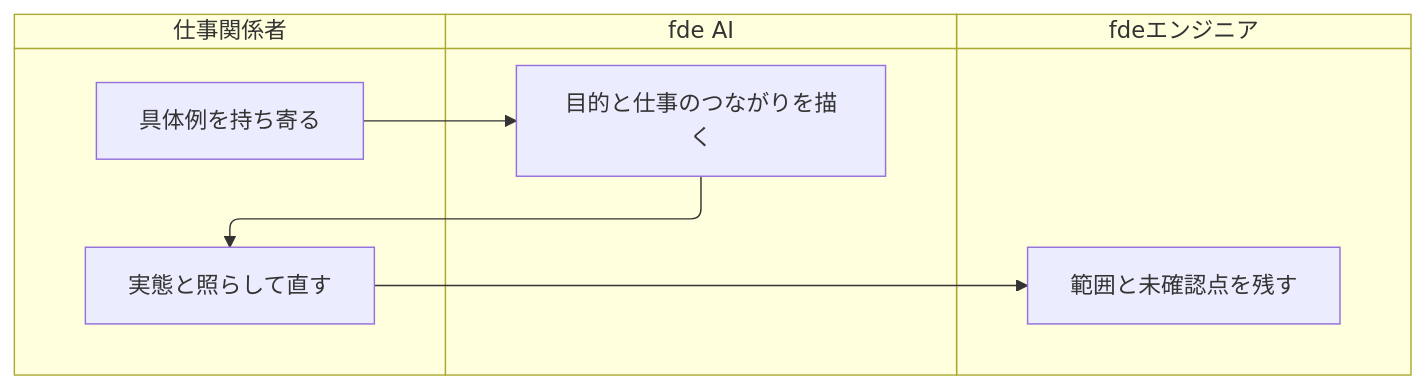
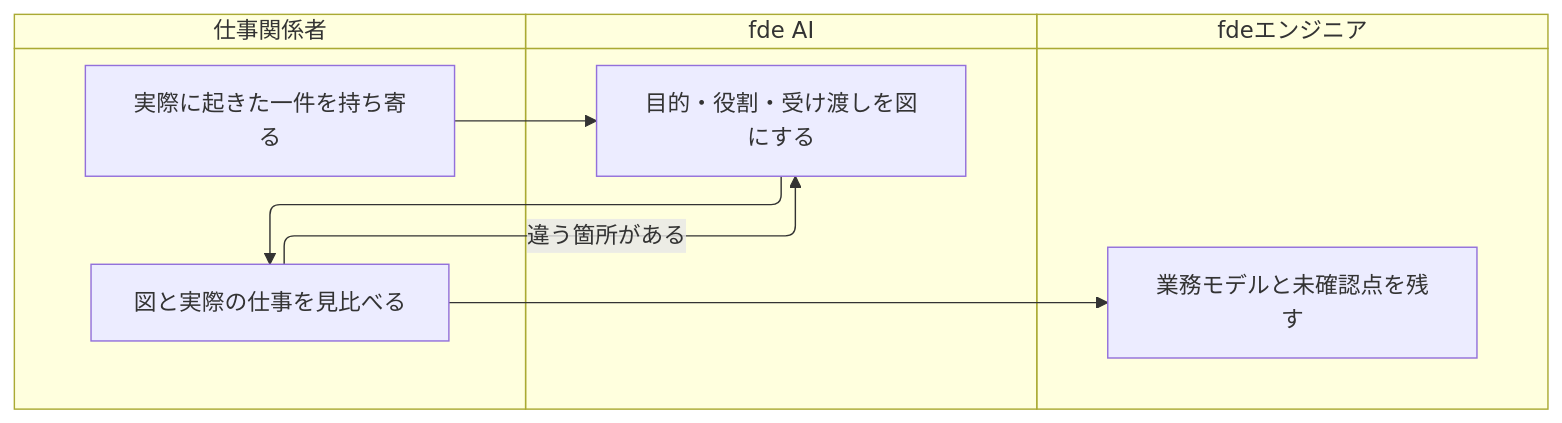
The second of 2 diagrams in experiments/fde-product-pivot/visualization/work/understand/README.md (maakbo/fde), drawn with Mermaid before and after one commit. The commit also changed other lines of this file and 6 other files, not shown here.

````diff
--- a/experiments/fde-product-pivot/visualization/work/understand/README.md
+++ b/experiments/fde-product-pivot/visualization/work/understand/README.md
@@ -50,15 +58,16 @@
 ```mermaid
 swimlane-beta TB
-  %% 展開対象: b_understand。仕事関係者の確認を飛ばさない。
+  %% 手順は上から下。誰が判断し、どこで情報を受け渡すかを示す。
   subgraph people [仕事関係者]
-    ask["具体例を持ち寄る"]
-    check["実態と照らして直す"]
+    bring["実際に起きた一件を持ち寄る"]
+    compare["図と実際の仕事を見比べる"]
   end
-  subgraph assistant_role [fde AI]
-    prepare["目的と仕事のつながりを描く"]
+  subgraph ai [fde AI]
+    draw["目的・役割・受け渡しを図にする"]
   end
   subgraph engineer [fdeエンジニア]
-    record["範囲と未確認点を残す"]
+    save["業務モデルと未確認点を残す"]
   end
-  ask --> prepare --> check --> record
+  bring --> draw --> compare --> save
+  compare -->|違う箇所がある| draw
 ```
````
